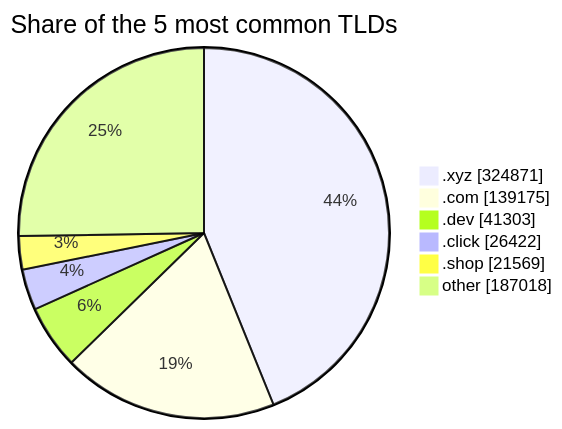
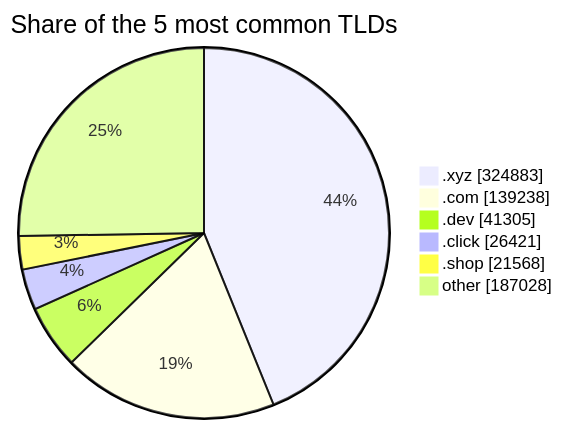
One commit to DNSBunker/CTI changed the third of 3 diagrams in README.md. Above: the diagram before and after it, drawn with Mermaid. The commit also changed other lines of this file and 3 other files, not shown here.

````diff
--- a/README.md
+++ b/README.md
@@ -81,9 +81,9 @@
 ```mermaid
 pie showData title Share of the 5 most common TLDs
-    ".xyz" : 324871
-    ".com" : 139175
-    ".dev" : 41303
-    ".click" : 26422
-    ".shop" : 21569
-    "other" : 187018
+    ".xyz" : 324883
+    ".com" : 139238
+    ".dev" : 41305
+    ".click" : 26421
+    ".shop" : 21568
+    "other" : 187028
 ```
````
